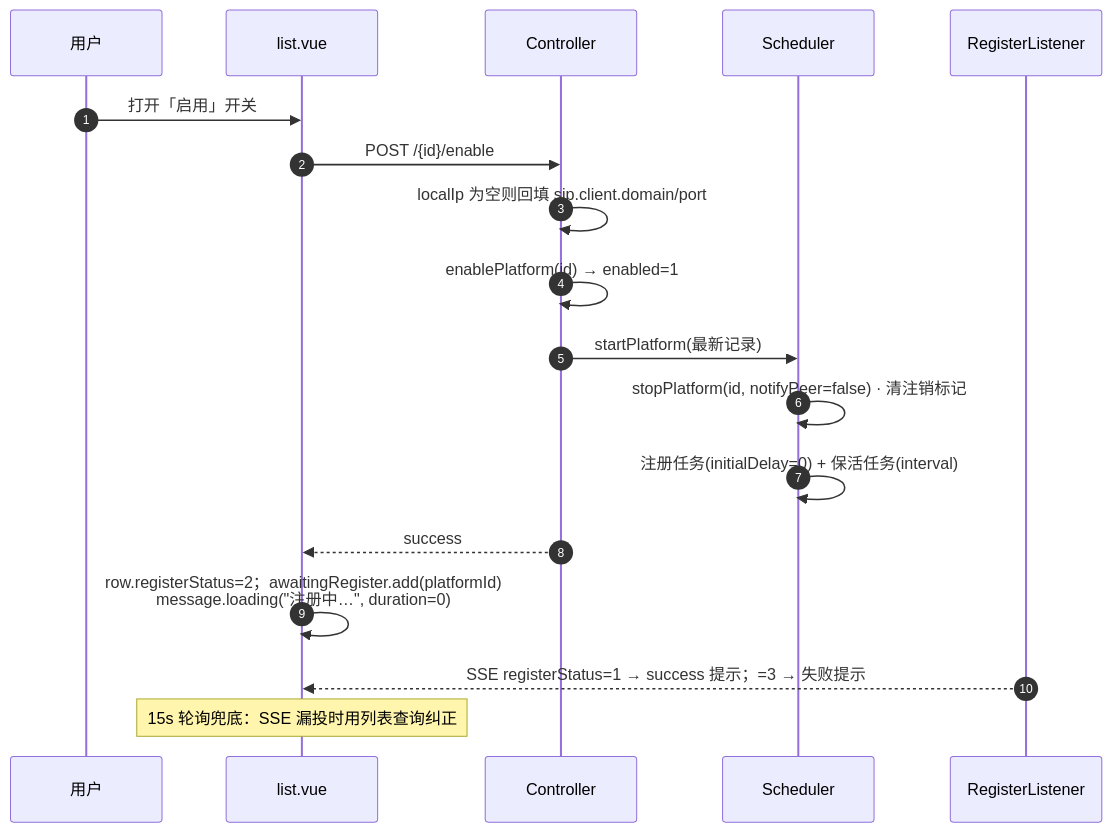
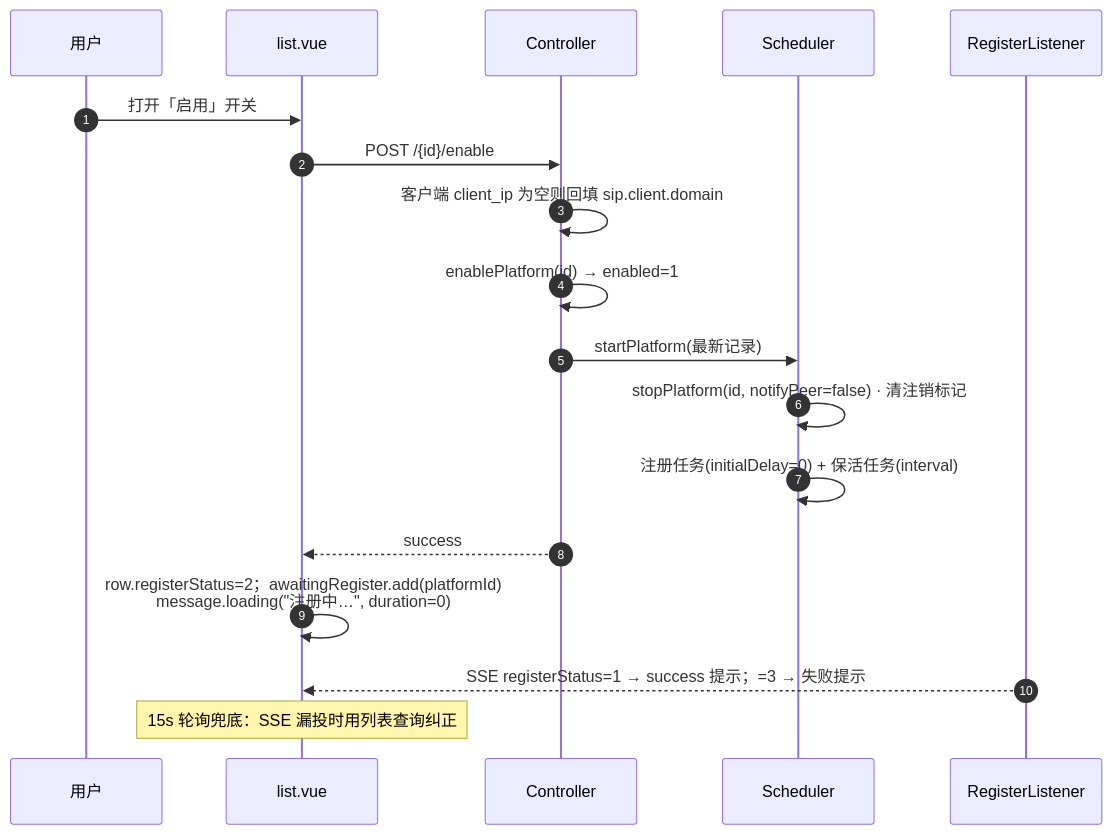
The fourth of 4 diagrams in doc/architecture/current/上级平台注册全链路说明.md (yuanjunduan/video_Voglander), drawn with Mermaid before and after one commit. The commit also changed other lines of this file and 38 other files, not shown here.

````diff
--- a/doc/architecture/current/上级平台注册全链路说明.md
+++ b/doc/architecture/current/上级平台注册全链路说明.md
@@ -367,21 +402,21 @@
 ```mermaid
 sequenceDiagram
     autonumber
     participant U as 用户
     participant FE as list.vue
     participant CT as Controller
     participant SCH as Scheduler
     participant LS as RegisterListener
 
     U->>FE: 打开「启用」开关
     FE->>CT: POST /{id}/enable
-    CT->>CT: localIp 为空则回填 sip.client.domain/port
+    CT->>CT: 客户端 client_ip 为空则回填 sip.client.domain
     CT->>CT: enablePlatform(id) → enabled=1
     CT->>SCH: startPlatform(最新记录)
     SCH->>SCH: stopPlatform(id, notifyPeer=false) · 清注销标记
     SCH->>SCH: 注册任务(initialDelay=0) + 保活任务(interval)
     CT-->>FE: success
     FE->>FE: row.registerStatus=2；awaitingRegister.add(platformId)<br/>message.loading("注册中…", duration=0)
     LS-->>FE: SSE registerStatus=1 → success 提示；=3 → 失败提示
     Note over FE: 15s 轮询兜底：SSE 漏投时用列表查询纠正
 ```
````
